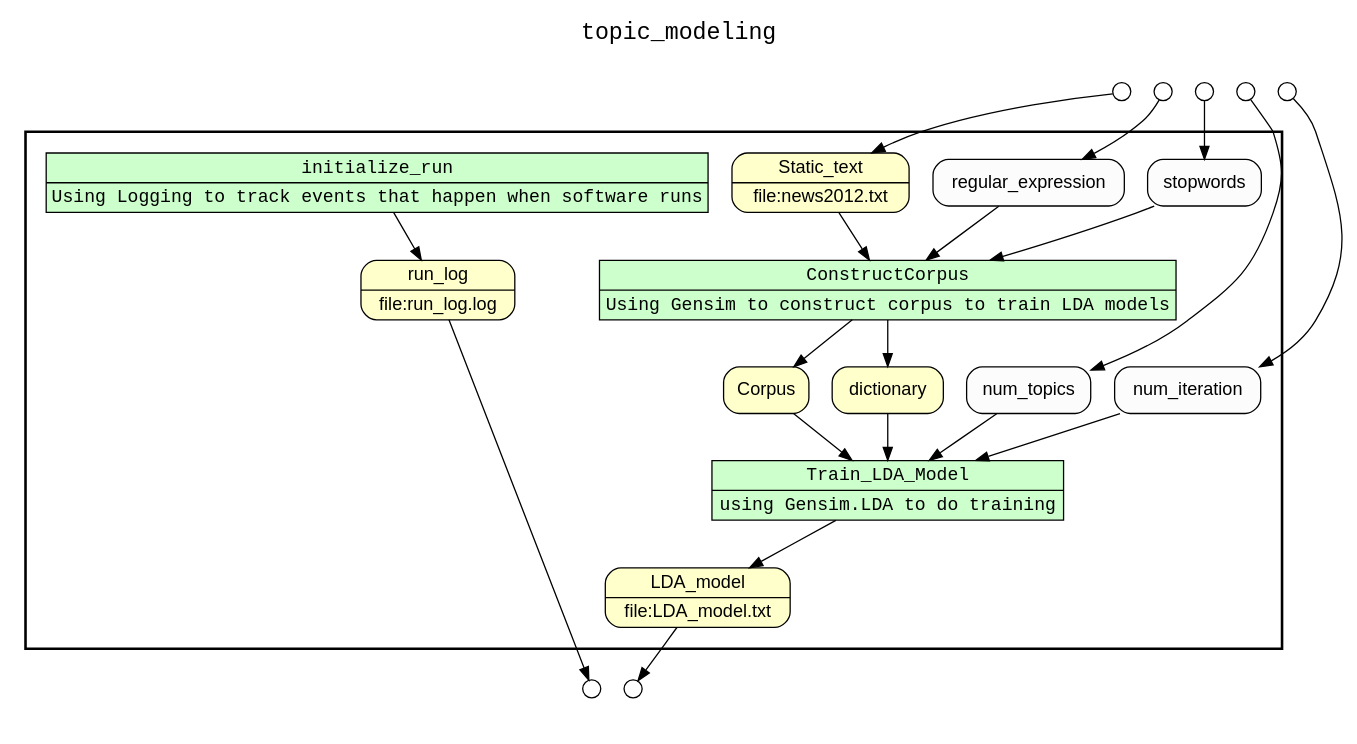
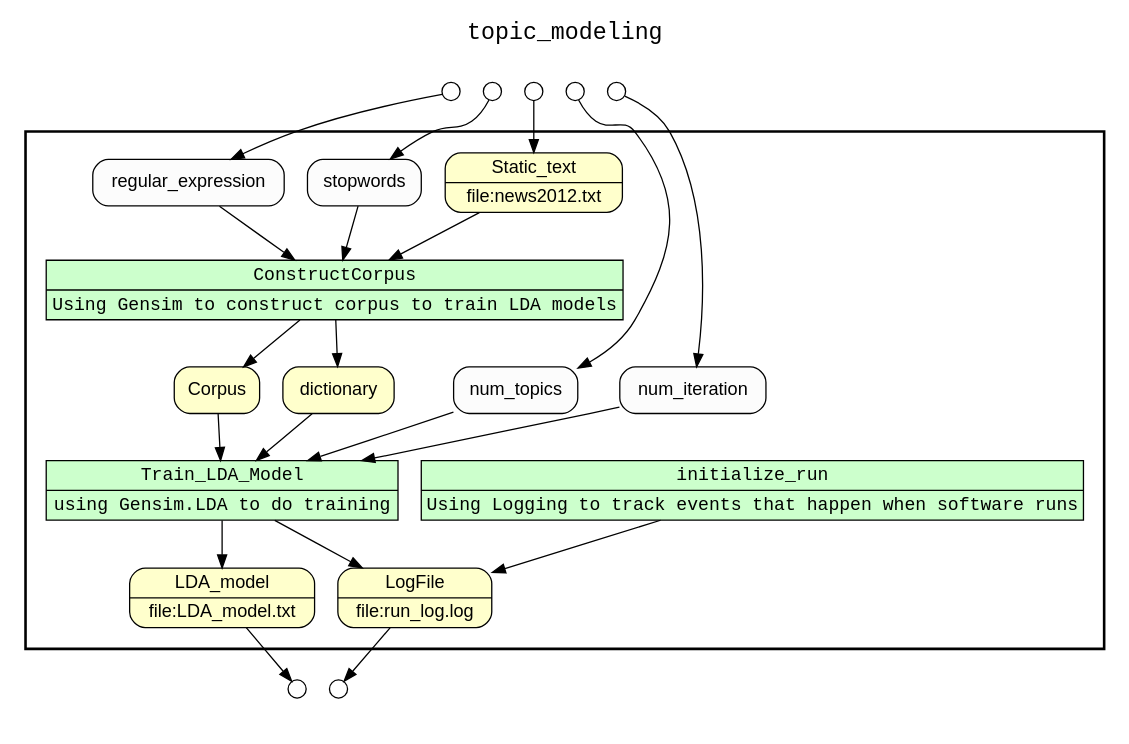
The diagram in text_mining/topic_modeling/results/complete_wf_graph_uri.gv (LanLi2017/yw_text-mining), drawn with Graphviz before and after one commit. The commit also changed 33 other files, not shown here.

```diff
--- a/text_mining/topic_modeling/results/complete_wf_graph_uri.gv
+++ b/text_mining/topic_modeling/results/complete_wf_graph_uri.gv
@@ -1,57 +1,58 @@
 digraph Workflow {
 rankdir=TB
 fontname=Courier; fontsize=18; labelloc=t
 label=topic_modeling
 subgraph cluster_workflow_box_outer { label=""; color=black; penwidth=2
 subgraph cluster_workflow_box_inner { label=""; color=white
 node[shape=box style=filled fillcolor="#CCFFCC" peripheries=1 fontname=Courier]
 initialize_run [shape=record rankdir=LR label="{<f0> initialize_run |<f1> Using Logging to track events that happen when software runs}"];
 Train_LDA_Model [shape=record rankdir=LR label="{<f0> Train_LDA_Model |<f1> using Gensim.LDA to do training}"];
 node[shape=box style=filled fillcolor="#CCFFCC" peripheries=2 fontname=Courier]
 ConstructCorpus [shape=record rankdir=LR label="{<f0> ConstructCorpus |<f1> Using Gensim to construct corpus to train LDA models}"];
 node[shape=box style="rounded,filled" fillcolor="#FFFFCC" peripheries=1 fontname=Helvetica]
-run_log [shape=record rankdir=LR label="{<f0> run_log |<f1> file\:run_log.log}"];
+LogFile [shape=record rankdir=LR label="{<f0> LogFile |<f1> file\:run_log.log}"];
 LDA_model [shape=record rankdir=LR label="{<f0> LDA_model |<f1> file\:LDA_model.txt}"];
 Static_text [shape=record rankdir=LR label="{<f0> Static_text |<f1> file\:news2012.txt}"];
 Corpus
 dictionary
 node[shape=box style="rounded,filled" fillcolor="#FCFCFC" peripheries=1 fontname=Helvetica]
 stopwords
 regular_expression
 num_iteration
 num_topics
-initialize_run -> run_log
+initialize_run -> LogFile
 ConstructCorpus -> dictionary
 ConstructCorpus -> Corpus
 Static_text -> ConstructCorpus
 stopwords -> ConstructCorpus
 regular_expression -> ConstructCorpus
 Train_LDA_Model -> LDA_model
+Train_LDA_Model -> LogFile
 Corpus -> Train_LDA_Model
 dictionary -> Train_LDA_Model
 num_iteration -> Train_LDA_Model
 num_topics -> Train_LDA_Model
 }}
 subgraph cluster_input_ports_group_outer { label=""; color=white
 subgraph cluster_input_ports_group_inner { label=""; color=white
 node[shape=circle style="rounded,filled" fillcolor="#FFFFFF" peripheries=1 fontname=Helvetica width=0.2]
 Static_text_input_port [label=""]
 stopwords_input_port [label=""]
 regular_expression_input_port [label=""]
 num_topics_input_port [label=""]
 num_iteration_input_port [label=""]
 }}
 subgraph cluster_output_ports_group_outer { label=""; color=white
 subgraph cluster_output_ports_group_inner { label=""; color=white
 node[shape=circle style="rounded,filled" fillcolor="#FFFFFF" peripheries=1 fontname=Helvetica width=0.2]
-run_log_output_port [label=""]
+LogFile_output_port [label=""]
 LDA_model_output_port [label=""]
 }}
 Static_text_input_port -> Static_text
 stopwords_input_port -> stopwords
 regular_expression_input_port -> regular_expression
 num_topics_input_port -> num_topics
 num_iteration_input_port -> num_iteration
-run_log -> run_log_output_port
+LogFile -> LogFile_output_port
 LDA_model -> LDA_model_output_port
 }
```
